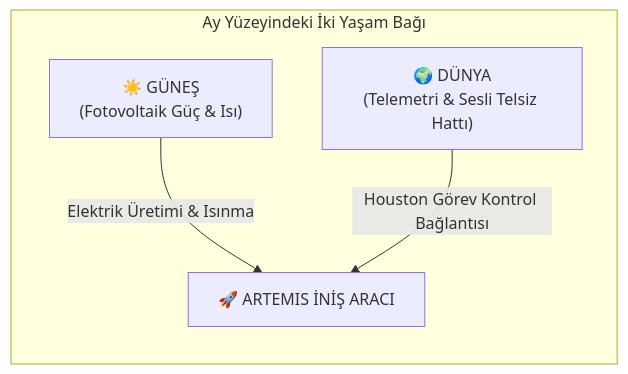
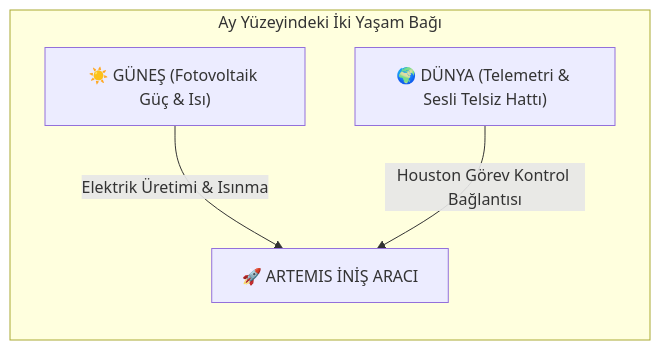
Before and after one commit to kingos352/luna-sight: the first of 3 diagrams in docs/MASTER_PROJECT_REPORT_TR.md, drawn with Mermaid. The commit also changed other lines of this file and 7 other files, not shown here.

````diff
--- a/docs/MASTER_PROJECT_REPORT_TR.md
+++ b/docs/MASTER_PROJECT_REPORT_TR.md
@@ -66,7 +66,7 @@
 ```mermaid
 flowchart LR
     subgraph Hayat_Baglari["Ay Yüzeyindeki İki Yaşam Bağı"]
-        G["☀️ GÜNEŞ<br/>(Fotovoltaik Güç & Isı)"] -->|Elektrik Üretimi & Isınma| L["🚀 ARTEMIS İNİŞ ARACI"]
-        D["🌍 DÜNYA<br/>(Telemetri & Sesli Telsiz Hattı)"] -->|Houston Görev Kontrol Bağlantısı| L
+        G["☀️ GÜNEŞ (Fotovoltaik Güç & Isı)"] -->|Elektrik Üretimi & Isınma| L["🚀 ARTEMIS İNİŞ ARACI"]
+        D["🌍 DÜNYA (Telemetri & Sesli Telsiz Hattı)"] -->|Houston Görev Kontrol Bağlantısı| L
     end
 ```
````
